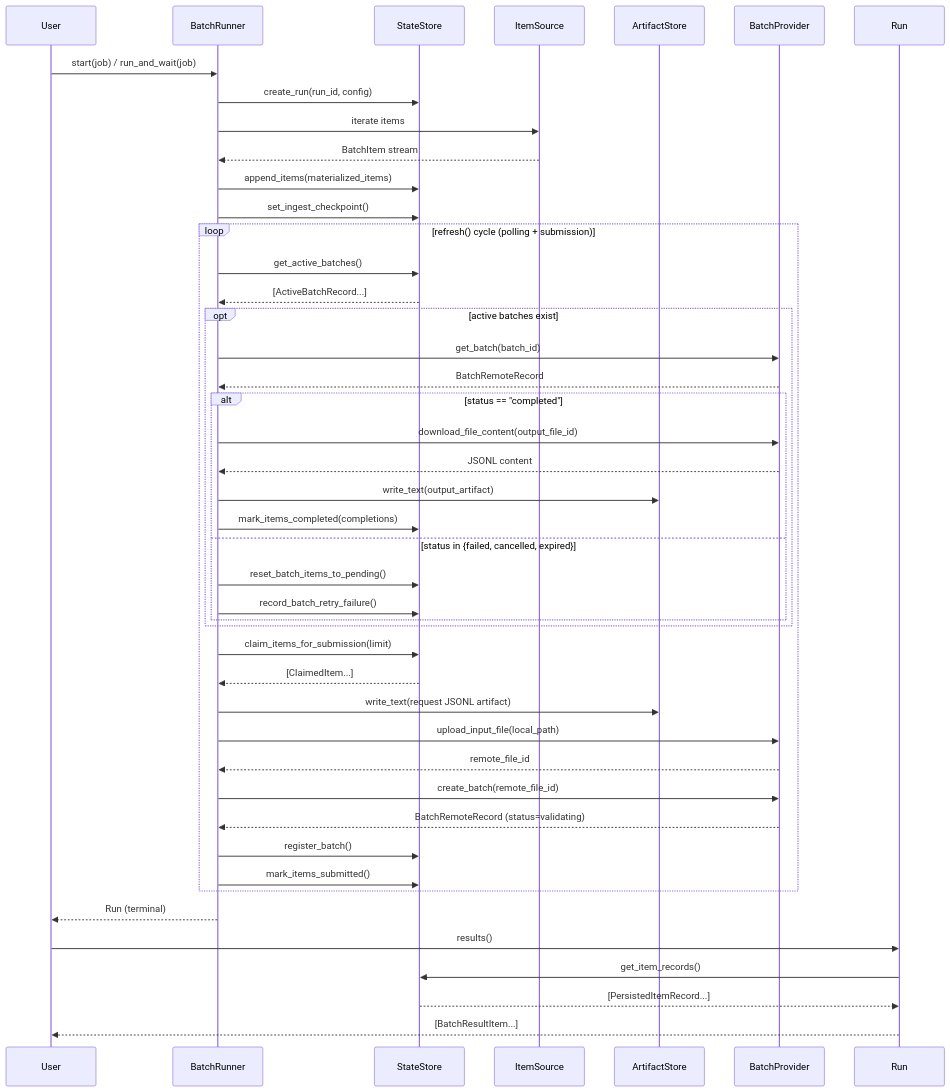
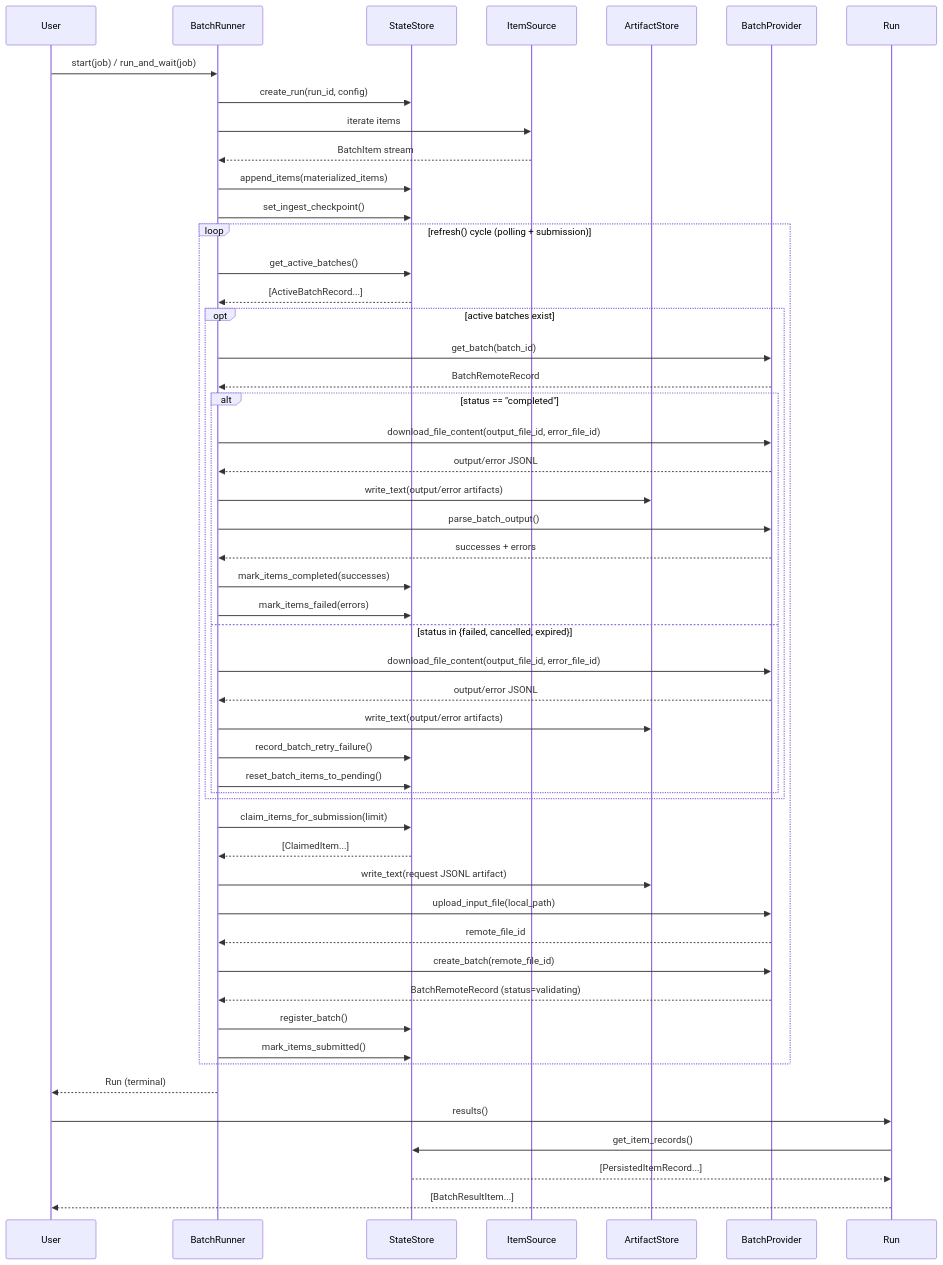
One commit to AnsonDev42/batchor changed the second of 4 diagrams in docs/design_docs/ARCHITECTURE.md. Above: the diagram before and after it, drawn with Mermaid.

Commit message:
Fix architecture batch-completion sequence diagram

````diff
--- a/docs/design_docs/ARCHITECTURE.md
+++ b/docs/design_docs/ARCHITECTURE.md
@@ -146,52 +146,58 @@
 ```mermaid
 sequenceDiagram
     participant User
     participant BatchRunner
     participant StateStore
     participant ItemSource
     participant ArtifactStore
     participant Provider as BatchProvider
 
     User->>BatchRunner: start(job) / run_and_wait(job)
     BatchRunner->>StateStore: create_run(run_id, config)
     BatchRunner->>ItemSource: iterate items
     ItemSource-->>BatchRunner: BatchItem stream
     BatchRunner->>StateStore: append_items(materialized_items)
     BatchRunner->>StateStore: set_ingest_checkpoint()
 
     loop refresh() cycle (polling + submission)
         BatchRunner->>StateStore: get_active_batches()
         StateStore-->>BatchRunner: [ActiveBatchRecord...]
 
         opt active batches exist
             BatchRunner->>Provider: get_batch(batch_id)
             Provider-->>BatchRunner: BatchRemoteRecord
 
             alt status == "completed"
-                BatchRunner->>Provider: download_file_content(output_file_id)
-                Provider-->>BatchRunner: JSONL content
-                BatchRunner->>ArtifactStore: write_text(output_artifact)
-                BatchRunner->>StateStore: mark_items_completed(completions)
+                BatchRunner->>Provider: download_file_content(output_file_id, error_file_id)
+                Provider-->>BatchRunner: output/error JSONL
+                BatchRunner->>ArtifactStore: write_text(output/error artifacts)
+                BatchRunner->>Provider: parse_batch_output()
+                Provider-->>BatchRunner: successes + errors
+                BatchRunner->>StateStore: mark_items_completed(successes)
+                BatchRunner->>StateStore: mark_items_failed(errors)
             else status in {failed, cancelled, expired}
+                BatchRunner->>Provider: download_file_content(output_file_id, error_file_id)
+                Provider-->>BatchRunner: output/error JSONL
+                BatchRunner->>ArtifactStore: write_text(output/error artifacts)
+                BatchRunner->>StateStore: record_batch_retry_failure()
                 BatchRunner->>StateStore: reset_batch_items_to_pending()
-                BatchRunner->>StateStore: record_batch_retry_failure()
             end
         end
 
         BatchRunner->>StateStore: claim_items_for_submission(limit)
         StateStore-->>BatchRunner: [ClaimedItem...]
         BatchRunner->>ArtifactStore: write_text(request JSONL artifact)
         BatchRunner->>Provider: upload_input_file(local_path)
         Provider-->>BatchRunner: remote_file_id
         BatchRunner->>Provider: create_batch(remote_file_id)
         Provider-->>BatchRunner: BatchRemoteRecord (status=validating)
         BatchRunner->>StateStore: register_batch()
         BatchRunner->>StateStore: mark_items_submitted()
     end
 
     BatchRunner-->>User: Run (terminal)
     User->>Run: results()
     Run->>StateStore: get_item_records()
     StateStore-->>Run: [PersistedItemRecord...]
     Run-->>User: [BatchResultItem...]
 ```
````
